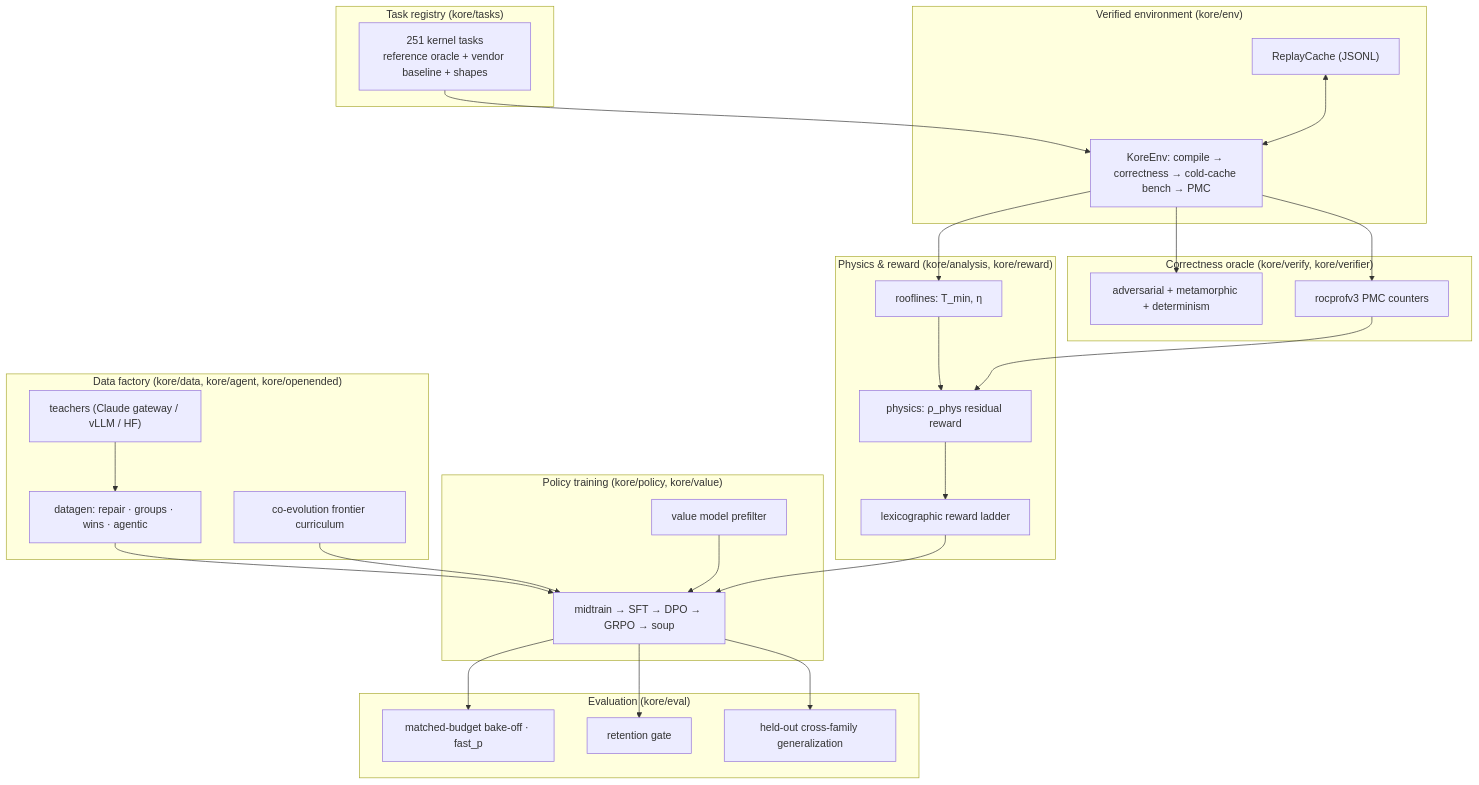
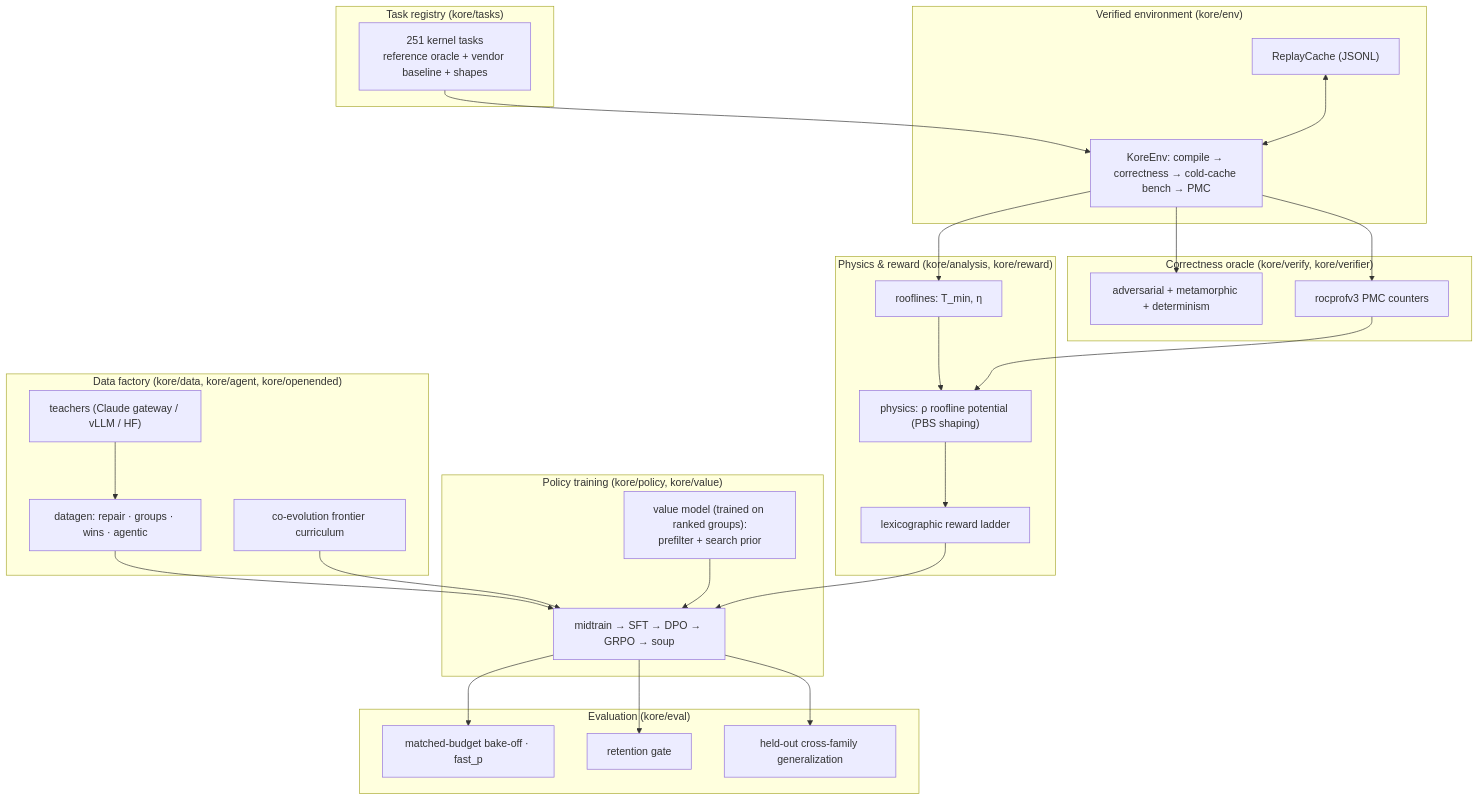
The first of 2 diagrams in README.md (amd-shasriva/KORE), drawn with Mermaid before and after one commit. The commit also changed other lines of this file and 16 other files, not shown here.

````diff
--- a/README.md
+++ b/README.md
@@ -84,44 +113,44 @@
 ```mermaid
 flowchart TB
   subgraph reg["Task registry (kore/tasks)"]
     T["251 kernel tasks<br/>reference oracle + vendor baseline + shapes"]
   end
   subgraph env["Verified environment (kore/env)"]
     KE["KoreEnv: compile → correctness → cold-cache bench → PMC"]
     RC["ReplayCache (JSONL)"]
   end
   subgraph sci["Physics & reward (kore/analysis, kore/reward)"]
     RF["rooflines: T_min, η"]
-    PH["physics: ρ_phys residual reward"]
+    PH["physics: ρ roofline potential (PBS shaping)"]
     RW["lexicographic reward ladder"]
   end
   subgraph verify["Correctness oracle (kore/verify, kore/verifier)"]
     OR["adversarial + metamorphic + determinism"]
     PMC["rocprofv3 PMC counters"]
   end
   subgraph data["Data factory (kore/data, kore/agent, kore/openended)"]
     TE["teachers (Claude gateway / vLLM / HF)"]
     DG["datagen: repair · groups · wins · agentic"]
     CO["co-evolution frontier curriculum"]
   end
   subgraph train["Policy training (kore/policy, kore/value)"]
     ST["midtrain → SFT → DPO → GRPO → soup"]
-    VM["value model prefilter"]
+    VM["value model (trained on ranked groups):<br/>prefilter + search prior"]
   end
   subgraph eval["Evaluation (kore/eval)"]
     BO["matched-budget bake-off · fast_p"]
     RG["retention gate"]
     GN["held-out cross-family generalization"]
   end
   T --> KE --> RF --> PH --> RW
   KE --> OR
   KE --> PMC --> PH
   RC <--> KE
   TE --> DG --> ST
   CO --> ST
   VM --> ST
   RW --> ST
   ST --> BO
   ST --> RG
   ST --> GN
 ```
````
